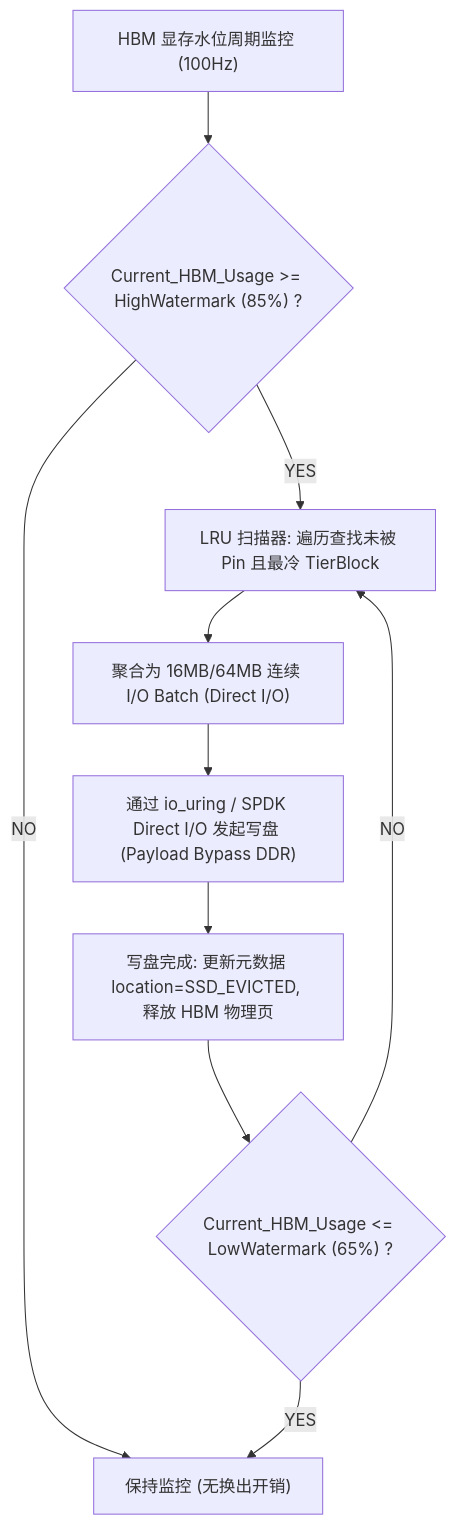
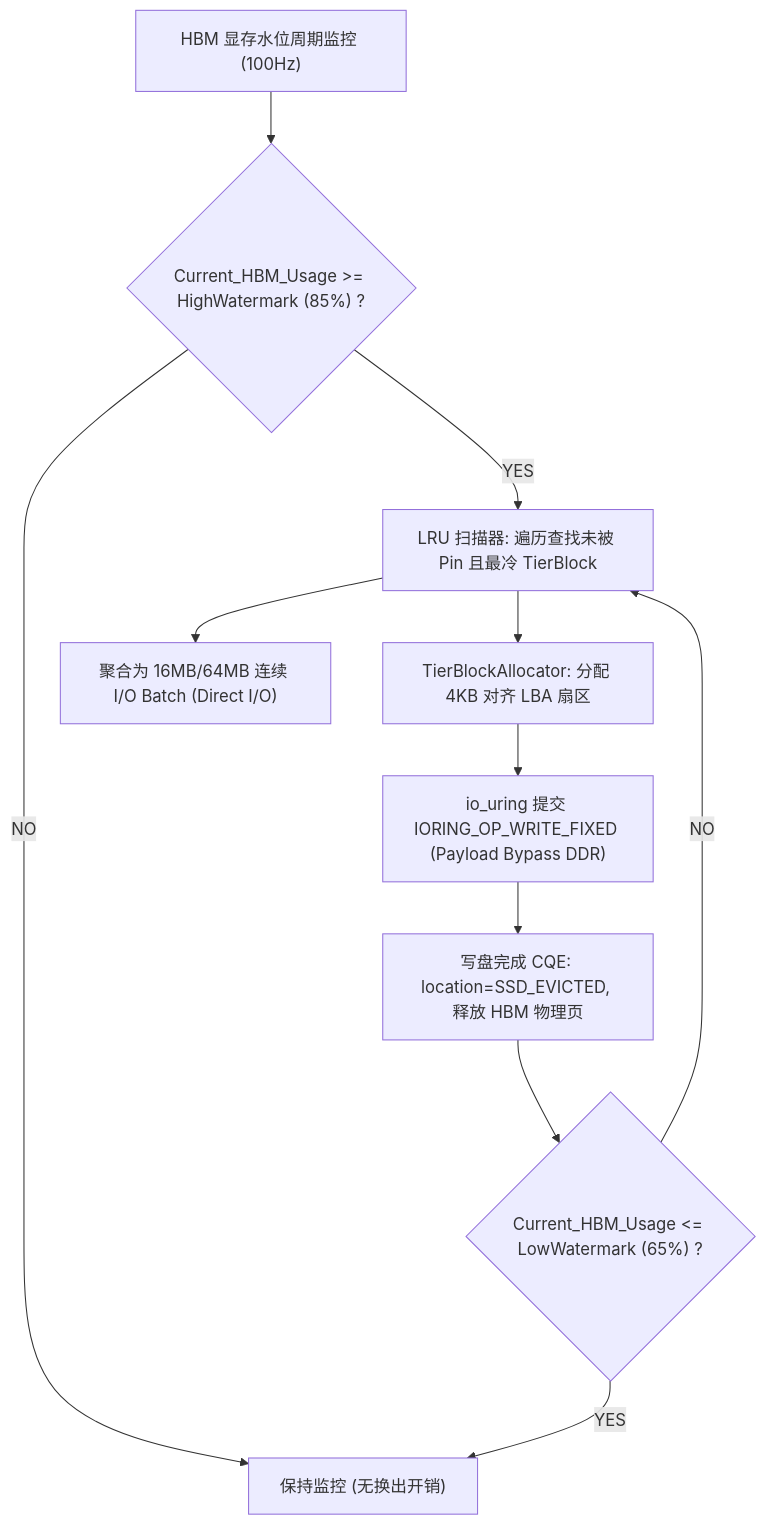
One commit to stonetree/reports changed the first of 2 diagrams in kvcache/unified_kv_memory/提前验证方案设计/验证计划方案设计/06_PVT-05_HBM-SSD直达容量主路径与DDR条件角色Tiering验证实施方案设计.md. Above: the diagram before and after it, drawn with Mermaid. The commit also changed other lines of this file and 11 other files, not shown here.

````diff
--- a/kvcache/unified_kv_memory/提前验证方案设计/验证计划方案设计/06_PVT-05_HBM-SSD直达容量主路径与DDR条件角色Tiering验证实施方案设计.md
+++ b/kvcache/unified_kv_memory/提前验证方案设计/验证计划方案设计/06_PVT-05_HBM-SSD直达容量主路径与DDR条件角色Tiering验证实施方案设计.md
@@ -66,12 +93,13 @@
 ```mermaid
 flowchart TD
     Mon["HBM 显存水位周期监控 (100Hz)"] --> CheckHigh{"Current_HBM_Usage >= HighWatermark (85%) ?"}
     CheckHigh -- "NO" --> Idle["保持监控 (无换出开销)"]
     CheckHigh -- "YES" --> ScanLRU["LRU 扫描器: 遍历查找未被 Pin 且最冷 TierBlock"]
     ScanLRU --> FormBatch["聚合为 16MB/64MB 连续 I/O Batch (Direct I/O)"]
-    FormBatch --> SubmitDirect["通过 io_uring / SPDK Direct I/O 发起写盘 (Payload Bypass DDR)"]
-    SubmitDirect --> UpdateMeta["写盘完成: 更新元数据 location=SSD_EVICTED, 释放 HBM 物理页"]
+    ScanLRU --> AllocLBA["TierBlockAllocator: 分配 4KB 对齐 LBA 扇区"]
+    AllocLBA --> SubmitDirect["io_uring 提交 IORING_OP_WRITE_FIXED (Payload Bypass DDR)"]
+    SubmitDirect --> UpdateMeta["写盘完成 CQE: location=SSD_EVICTED, 释放 HBM 物理页"]
     UpdateMeta --> CheckLow{"Current_HBM_Usage <= LowWatermark (65%) ?"}
     CheckLow -- "NO" --> ScanLRU
     CheckLow -- "YES" --> Idle
 ```
````
